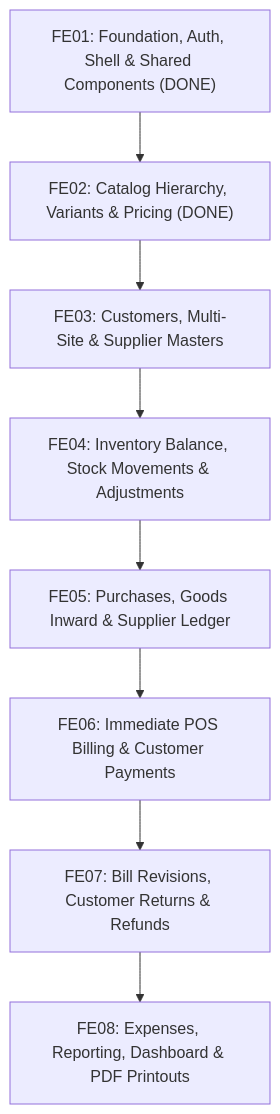
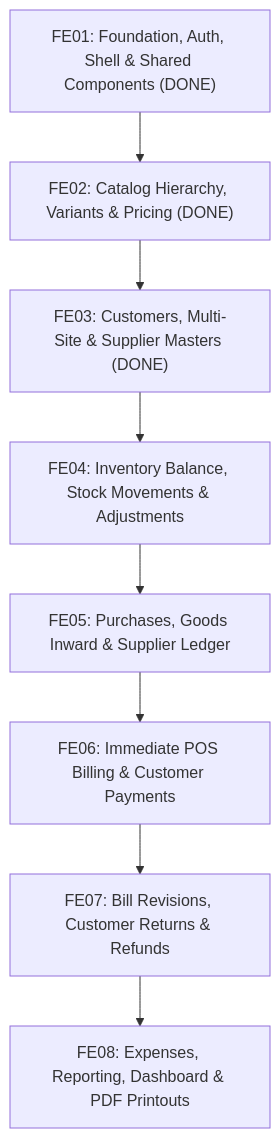
One commit to asalkarhh/himmat-enterprises-fe changed the diagram in README.md. Above: the diagram before and after it, drawn with Mermaid. The commit also changed other lines of this file and 16 other files, not shown here.

````diff
--- a/README.md
+++ b/README.md
@@ -136,10 +172,10 @@
 ```mermaid
 flowchart TD
   FE01["FE01: Foundation, Auth, Shell & Shared Components (DONE)"] --> FE02["FE02: Catalog Hierarchy, Variants & Pricing (DONE)"]
-  FE02 --> FE03["FE03: Customers, Multi-Site & Supplier Masters"]
+  FE02 --> FE03["FE03: Customers, Multi-Site & Supplier Masters (DONE)"]
   FE03 --> FE04["FE04: Inventory Balance, Stock Movements & Adjustments"]
   FE04 --> FE05["FE05: Purchases, Goods Inward & Supplier Ledger"]
   FE05 --> FE06["FE06: Immediate POS Billing & Customer Payments"]
   FE06 --> FE07["FE07: Bill Revisions, Customer Returns & Refunds"]
   FE07 --> FE08["FE08: Expenses, Reporting, Dashboard & PDF Printouts"]
 ```
````
